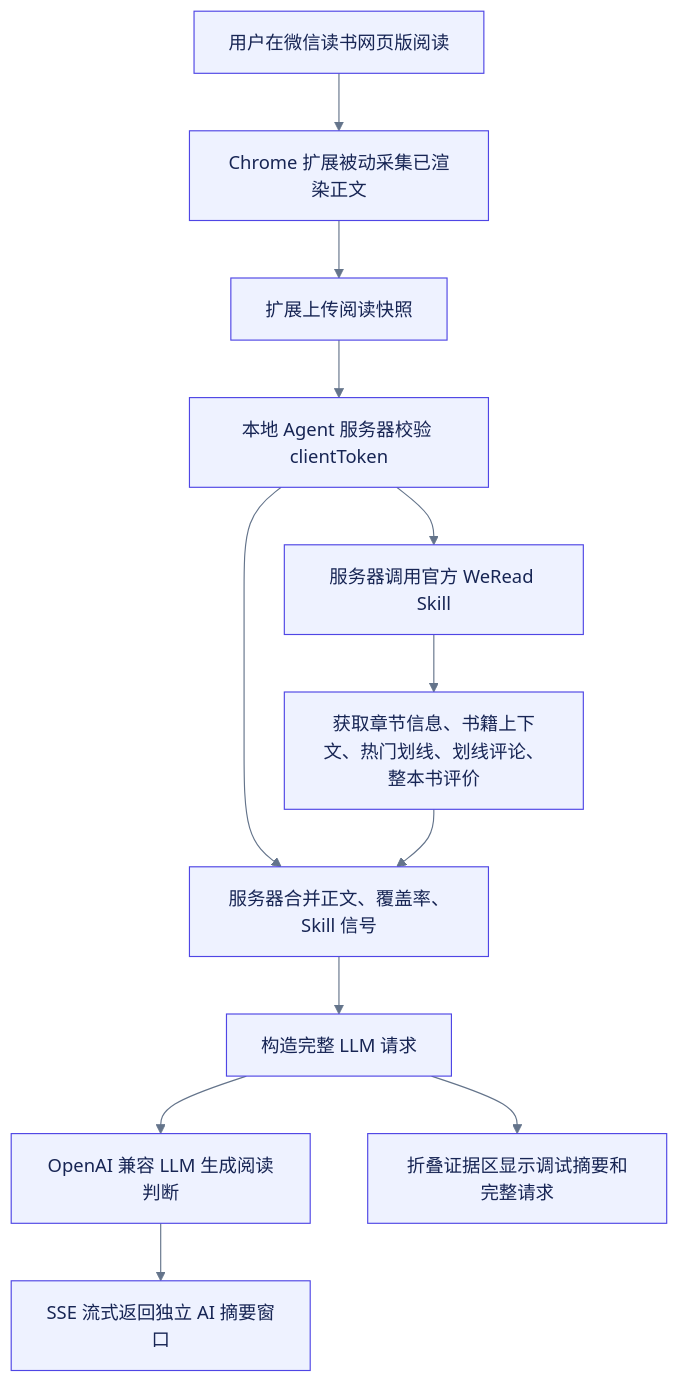
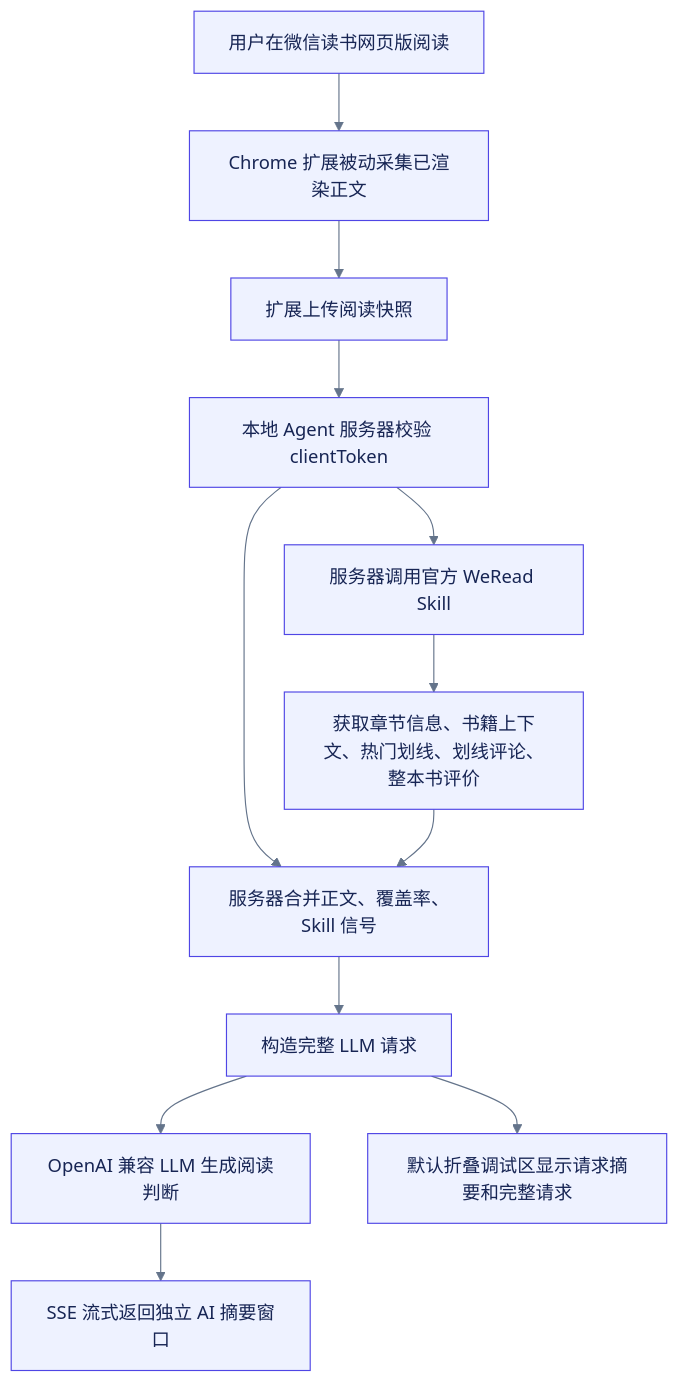
Before and after one commit to unix2dos/weread-ai-reader: the diagram in README.md, drawn with Mermaid. The commit also changed other lines of this file and 1 other file, not shown here.

````diff
--- a/README.md
+++ b/README.md
@@ -23,15 +23,15 @@
 ```mermaid
 %%{init: {'theme': 'base', 'themeVariables': { 'primaryColor': '#EEF2FF', 'primaryTextColor': '#172554', 'primaryBorderColor': '#4F46E5', 'lineColor': '#64748B', 'secondaryColor': '#ECFDF5', 'tertiaryColor': '#FFF7ED'}}}%%
 flowchart TD
   A["用户在微信读书网页版阅读"] --> B["Chrome 扩展被动采集已渲染正文"]
   B --> C["扩展上传阅读快照"]
   C --> D["本地 Agent 服务器校验 clientToken"]
   D --> E["服务器调用官方 WeRead Skill"]
   E --> F["获取章节信息、书籍上下文、热门划线、划线评论、整本书评价"]
   D --> G["服务器合并正文、覆盖率、Skill 信号"]
   F --> G
   G --> H["构造完整 LLM 请求"]
   H --> I["OpenAI 兼容 LLM 生成阅读判断"]
   I --> J["SSE 流式返回独立 AI 摘要窗口"]
-  H --> K["折叠证据区显示调试摘要和完整请求"]
+  H --> K["默认折叠调试区显示请求摘要和完整请求"]
 ```
````
